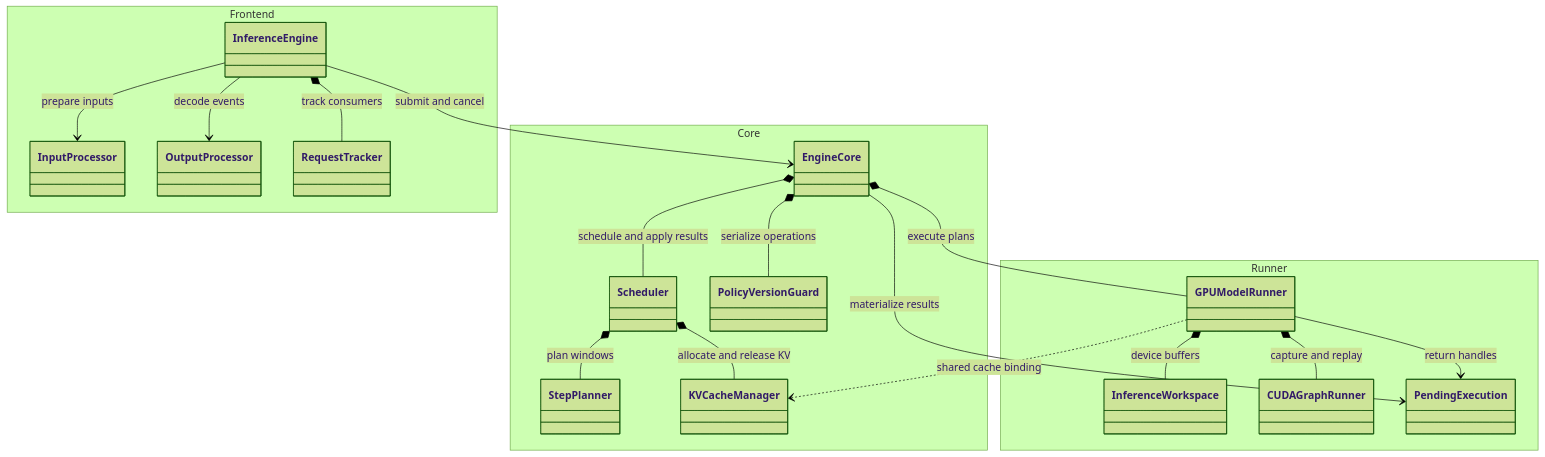
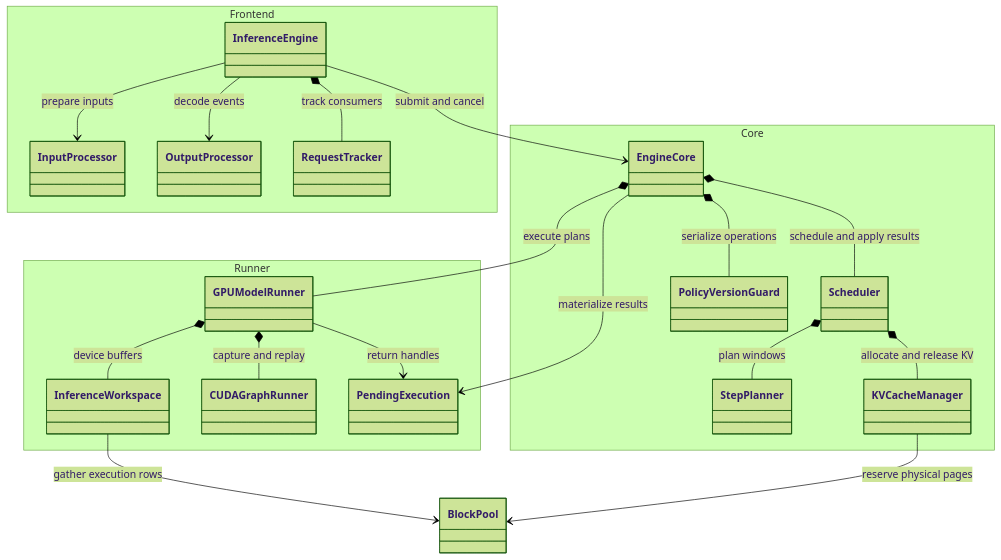
Before and after one commit to ViperEkura/AstrAI: the first of 2 diagrams in docs/developer/inference/README.md, drawn with Mermaid (forest theme). The commit also changed other lines of this file and 23 other files, not shown here.

````diff
--- a/docs/developer/inference/README.md
+++ b/docs/developer/inference/README.md
@@ -18,38 +18,39 @@
 ```mermaid
 classDiagram
     direction TB
     namespace Frontend {
         class InferenceEngine
         class InputProcessor
         class OutputProcessor
         class RequestTracker
     }
     namespace Core {
         class EngineCore
         class Scheduler
         class StepPlanner
         class KVCacheManager
         class PolicyVersionGuard
     }
     namespace Runner {
         class GPUModelRunner
         class InferenceWorkspace
         class CUDAGraphRunner
         class PendingExecution
     }
 
     InferenceEngine --> InputProcessor : prepare inputs
     InferenceEngine --> OutputProcessor : decode events
     InferenceEngine *-- RequestTracker : track consumers
     InferenceEngine --> EngineCore : submit and cancel
     EngineCore *-- Scheduler : schedule and apply results
     EngineCore *-- PolicyVersionGuard : serialize operations
     Scheduler *-- StepPlanner : plan windows
     Scheduler *-- KVCacheManager : allocate and release KV
     EngineCore *-- GPUModelRunner : execute plans
     EngineCore --> PendingExecution : materialize results
     GPUModelRunner --> PendingExecution : return handles
     GPUModelRunner *-- InferenceWorkspace : device buffers
     GPUModelRunner *-- CUDAGraphRunner : capture and replay
-    GPUModelRunner ..> KVCacheManager : shared cache binding
+    KVCacheManager --> BlockPool : reserve physical pages
+    InferenceWorkspace --> BlockPool : gather execution rows
 ```
````
